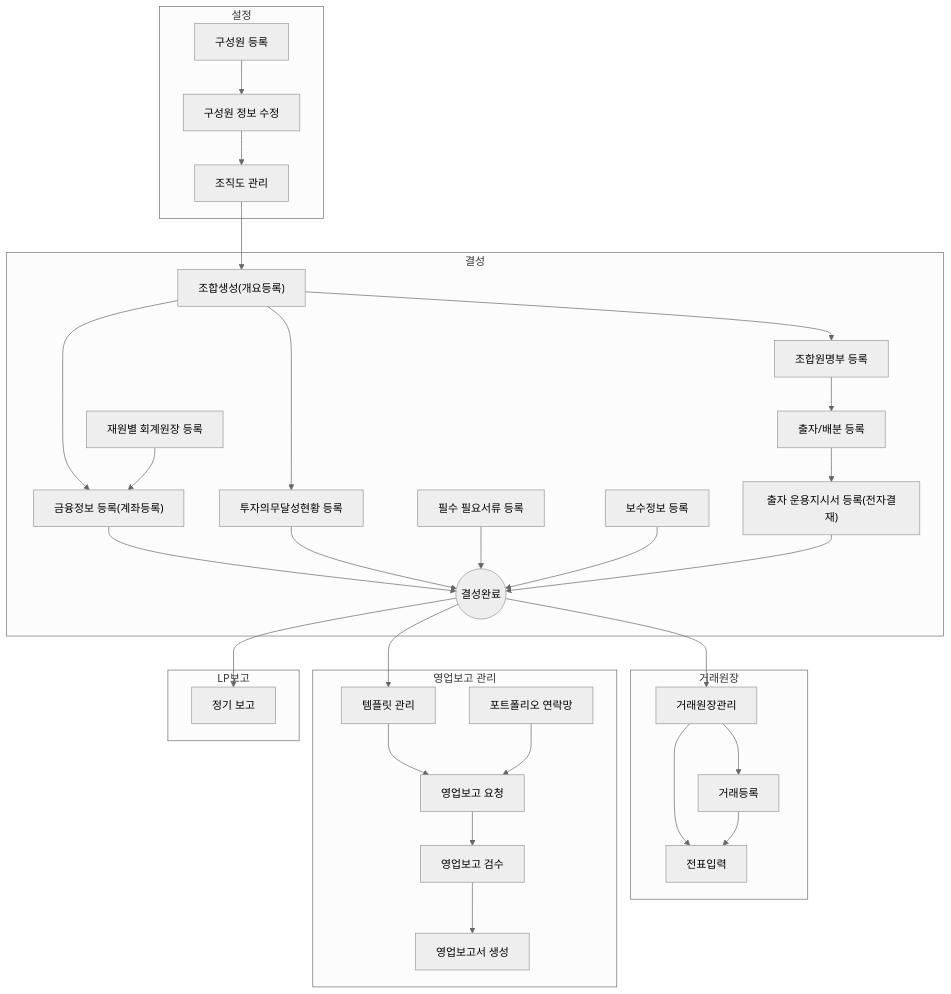
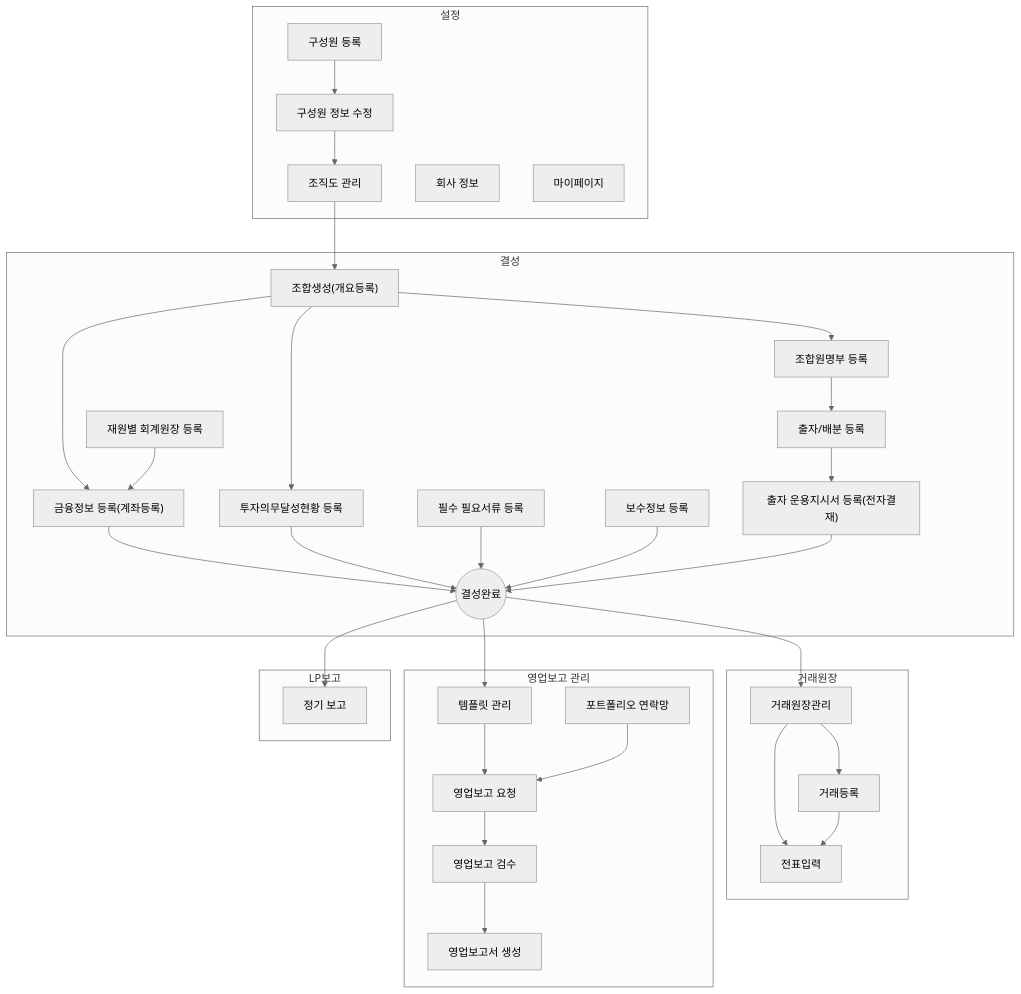
The diagram in _tabs/manager-start.md (ddock-ddock/ddock-ddock.github.io), drawn with Mermaid (neutral theme) before and after one commit. The commit also changed 1 other file, not shown here.

Commit message:
mermaid 업무 흐름도에 my0001·se0051 노드 추가
- core.md 설정(s1) subgraph에 회사 정보·마이페이지 노드 추가 + click 핸들러
- manager-start.md 설정(s1) subgraph 동일 반영
- 업무 흐름도에서 새 매뉴얼로 직접 이동 가능

associate-start.md는 설정 subgraph가 없어 변경 없음

````diff
--- a/_tabs/manager-start.md
+++ b/_tabs/manager-start.md
@@ -94,79 +94,83 @@
 ```mermaid
 flowchart TD
  subgraph s1["설정"]
         hr0001["구성원 등록"]
         hr0002["구성원 정보 수정"]
         hr0007["조직도 관리"]
+        se0051["회사 정보"]
+        my0001["마이페이지"]
   end
  subgraph s2["결성"]
         fd0001["조합생성(개요등록)"]
         fd0010["투자의무달성현황 등록"]
         fd0011["조합원명부 등록"]
         fm0010["재원별 회계원장 등록"]
         fd0009a["금융정보 등록(계좌등록)"]
         fd0013["필수 필요서류 등록"]
         fd0012["보수정보 등록"]
         fd0000(("결성완료"))
         fd0006["출자/배분 등록"]
         oi0002["출자 운용지시서 등록(전자결재)"]
   end
  subgraph s3["거래원장"]
         pm0001["거래원장관리"]
         pm0004["거래등록"]
         fm0002["전표입력"]
   end
  subgraph s4["영업보고 관리"]
         br0001["템플릿 관리"]
         br0012["포트폴리오 연락망"]
         br0004["영업보고 요청"]
         br0007["영업보고 검수"]
         br0011["영업보고서 생성"]
   end
  subgraph s5["LP보고"]
         lc0101["정기 보고"]
   end
     hr0001 --> hr0002
     hr0002 --> hr0007
     hr0007 --> fd0001
     fd0001 --> fd0010 & fd0011 & fd0009a
     fm0010 --> fd0009a
     fd0009a --> fd0000
     fd0010 --> fd0000
     fd0013 --> fd0000
     fd0012 --> fd0000
     fd0011 --> fd0006
     fd0006 --> oi0002
     oi0002 --> fd0000
     fd0000 --> pm0001
     fd0000 --> br0001
     fd0000 --> lc0101
     pm0001 --> pm0004 & fm0002
     pm0004 --> fm0002
     br0001 --> br0004
     br0012 --> br0004
     br0004 --> br0007
     br0007 --> br0011
 
     click hr0001 "{% post_url 2024-07-02-hr0001 %}"
     click hr0002 "{% post_url 2024-07-02-hr0002 %}"
     click hr0007 "{% post_url 2024-07-02-hr0007 %}"
+    click se0051 "{% post_url 2026-04-21-se0051 %}"
+    click my0001 "{% post_url 2026-04-21-my0001 %}"
     click fd0001 "{% post_url 2024-07-04-fd0001 %}"
     click fd0010 "{% post_url 2024-07-04-fd0010 %}"
     click fd0011 "{% post_url 2024-07-04-fd0011 %}"
     click fm0010 "{% post_url 2024-07-04-fm0010 %}"
     click fd0009a "{% post_url 2024-07-05-fd0009a %}"
     click fd0013 "{% post_url 2024-07-05-fd0013 %}"
     click fd0012 "{% post_url 2024-07-06-fd0012 %}"
     click fd0006 "{% post_url 2024-07-07-fd0006 %}"
     click oi0002 "{% post_url 2024-07-07-oi0002 %}"
     click pm0001 "{% post_url 2024-07-15-pm0001 %}"
     click pm0004 "{% post_url 2024-07-16-pm0004 %}"
     click fm0002 "{% post_url 2024-07-17-fm0002 %}"
     click br0001 "{% post_url 2024-08-23-br0001 %}"
     click br0012 "{% post_url 2024-08-22-br0012 %}"
     click br0004 "{% post_url 2024-08-24-br0004 %}"
     click br0007 "{% post_url 2024-08-25-br0007 %}"
     click br0011 "{% post_url 2024-08-27-br0011 %}"
     click lc0101 "{% post_url 2024-11-29-lc0101 %}"
 
 ```
````
